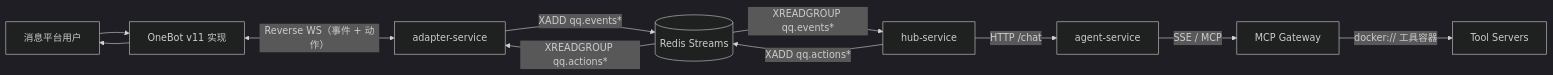
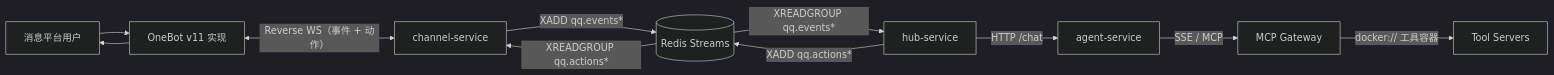
The first of 2 diagrams in docs/aichan.md (tamakara/aichan), drawn with Mermaid (dark theme) before and after one commit. The commit also changed other lines of this file and 37 other files, not shown here.

````diff
--- a/docs/aichan.md
+++ b/docs/aichan.md
@@ -40,13 +40,13 @@
 ```mermaid
 flowchart LR
     U[消息平台用户] --> N[OneBot v11 实现]
-    N <-->|Reverse WS（事件 + 动作）| A[adapter-service]
+    N <-->|Reverse WS（事件 + 动作）| A[channel-service]
     A -->|XADD qq.events*| R[(Redis Streams)]
     R -->|XREADGROUP qq.events*| H[hub-service]
     H -->|HTTP /chat| G[agent-service]
     H -->|XADD qq.actions*| R
     R -->|XREADGROUP qq.actions*| A
     G -->|SSE / MCP| M[MCP Gateway]
     M -->|docker:// 工具容器| T[Tool Servers]
     N --> U
 ```
````
